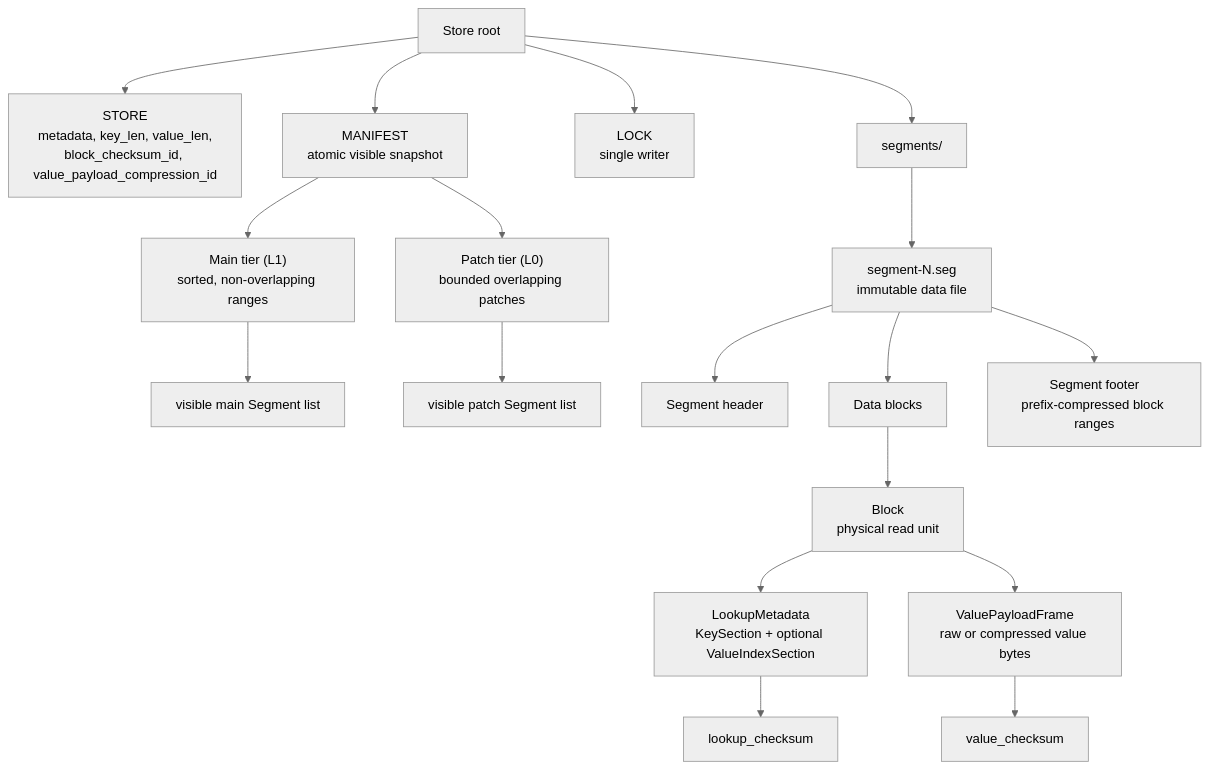
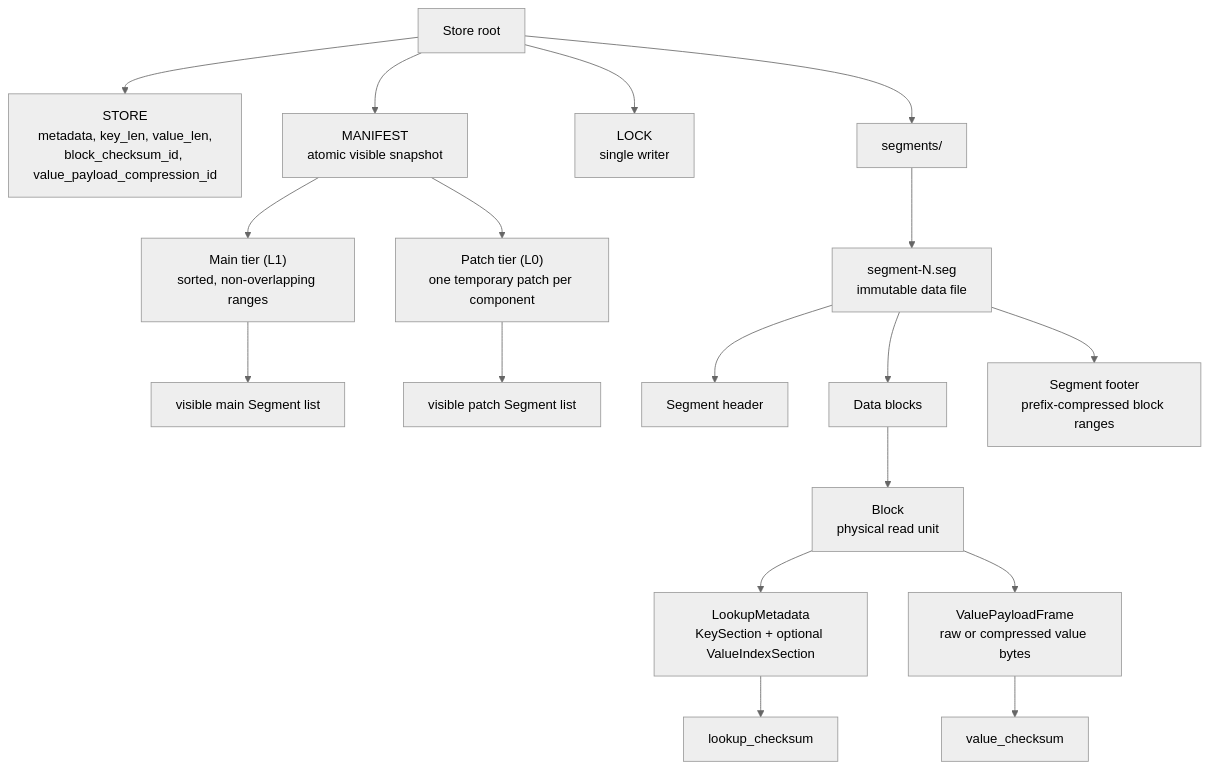
Before and after one commit to wangl-cc/evo-ssa-tools: the first of 7 diagrams in crates/segment-cache-store/docs/design.md, drawn with Mermaid (neutral theme). The commit also changed other lines of this file and 20 other files, not shown here.

````diff
--- a/crates/segment-cache-store/docs/design.md
+++ b/crates/segment-cache-store/docs/design.md
@@ -115,24 +119,24 @@
 ```mermaid
 flowchart TD
   Root["Store root"] --> StoreFile["STORE<br/>metadata, key_len, value_len,<br/>block_checksum_id, value_payload_compression_id"]
   Root --> Manifest["MANIFEST<br/>atomic visible snapshot"]
   Root --> Lock["LOCK<br/>single writer"]
   Root --> SegmentDir["segments/"]
 
   Manifest --> MainTier["Main tier (L1)<br/>sorted, non-overlapping ranges"]
-  Manifest --> PatchTier["Patch tier (L0)<br/>bounded overlapping patches"]
+  Manifest --> PatchTier["Patch tier (L0)<br/>one temporary patch per component"]
 
   MainTier --> RuntimeMain["visible main Segment list"]
   PatchTier --> RuntimePatch["visible patch Segment list"]
   SegmentDir --> SegmentFile["segment-N.seg<br/>immutable data file"]
 
   SegmentFile --> Header["Segment header"]
   SegmentFile --> Blocks["Data blocks"]
   SegmentFile --> Footer["Segment footer<br/>prefix-compressed block ranges"]
 
   Blocks --> Block["Block<br/>physical read unit"]
   Block --> LookupMetadata["LookupMetadata<br/>KeySection + optional ValueIndexSection"]
   LookupMetadata --> LookupChecksum["lookup_checksum"]
   Block --> ValuePayload["ValuePayloadFrame<br/>raw or compressed value bytes"]
   ValuePayload --> ValueChecksum["value_checksum"]
 ```
````
